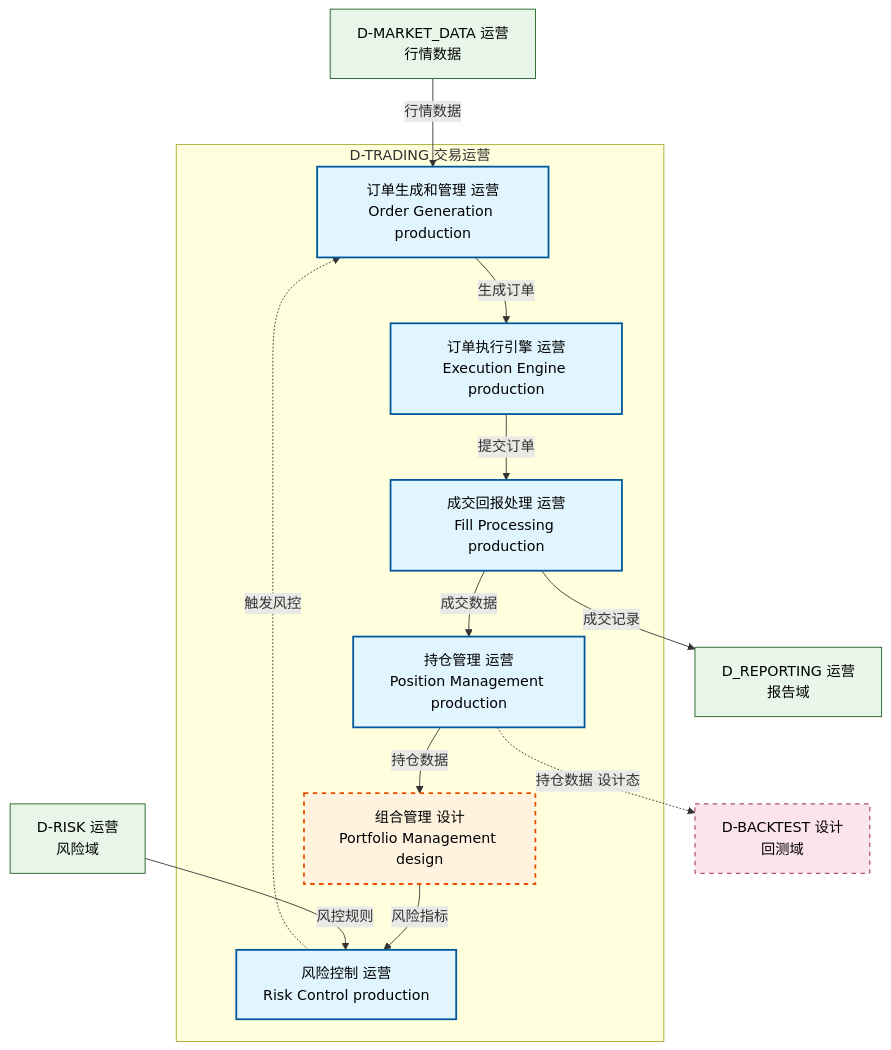
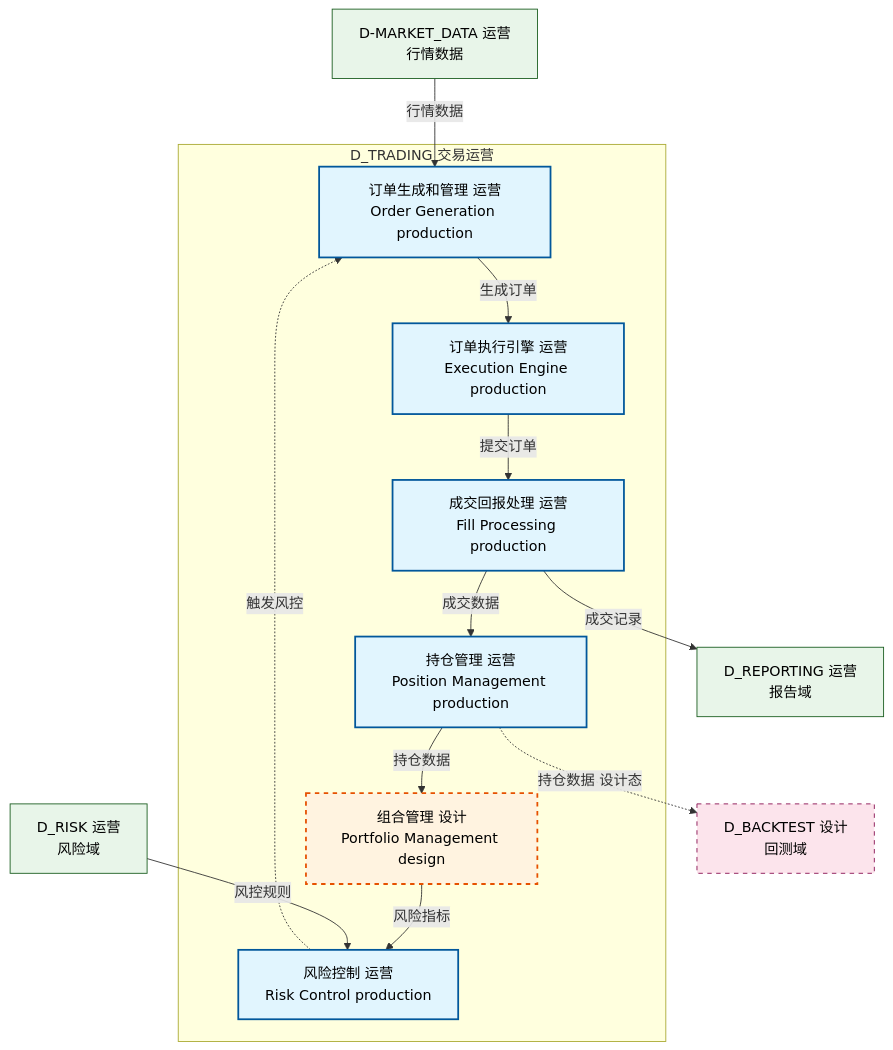
The diagram in docs/02_enterprise_architecture/sample/16_d_trading_sample.md (xuanFelixVan/ZephyrAlpha), drawn with Mermaid before and after one commit. The commit also changed other lines of this file and 59 other files, not shown here.

````diff
--- a/docs/02_enterprise_architecture/sample/16_d_trading_sample.md
+++ b/docs/02_enterprise_architecture/sample/16_d_trading_sample.md
@@ -65,42 +65,42 @@
 ```mermaid
 graph TD
     %% 域内模块 / Internal Modules
-    subgraph D_TRADING["D-TRADING 交易运营"]
+    subgraph D_TRADING["D_TRADING 交易运营"]
         order["订单生成和管理 运营<br/>Order Generation production"]
         exec["订单执行引擎 运营<br/>Execution Engine production"]
         fill["成交回报处理 运营<br/>Fill Processing production"]
         pos["持仓管理 运营<br/>Position Management production"]
         risk["风险控制 运营<br/>Risk Control production"]
         portfolio["组合管理 设计<br/>Portfolio Management design"]
     end
 
     %% 域内依赖关系 / Internal Dependencies
     order -->|生成订单| exec
     exec -->|提交订单| fill
     fill -->|成交数据| pos
     pos -->|持仓数据| portfolio
     portfolio -->|风险指标| risk
     risk -.->|触发风控| order
 
     %% 跨域入边 / Cross-domain Incoming
     market_data["D-MARKET_DATA 运营<br/>行情数据"]
     market_data -->|行情数据| order
 
-    risk_domain["D-RISK 运营<br/>风险域"]
+    risk_domain["D_RISK 运营<br/>风险域"]
     risk_domain -->|风控规则| risk
 
     %% 跨域出边 / Cross-domain Outgoing
     fill -->|成交记录| reporting["D_REPORTING 运营<br/>报告域"]
-    pos -.->|持仓数据 设计态| backtest["D-BACKTEST 设计<br/>回测域"]
+    pos -.->|持仓数据 设计态| backtest["D_BACKTEST 设计<br/>回测域"]
 
     %% 样式 / Styling
     classDef production fill:#e1f5fe,stroke:#01579b,stroke-width:2px,color:#000
     classDef design fill:#fff3e0,stroke:#e65100,stroke-width:2px,color:#000,stroke-dasharray: 5 5
     classDef external_prod fill:#e8f5e9,stroke:#1b5e20,stroke-width:1px,color:#000
     classDef external_design fill:#fce4ec,stroke:#880e4f,stroke-width:1px,color:#000,stroke-dasharray: 5 5
 
     class order,exec,fill,pos,risk production
     class portfolio design
     class market_data,risk_domain,reporting external_prod
     class backtest external_design
 ```
````
